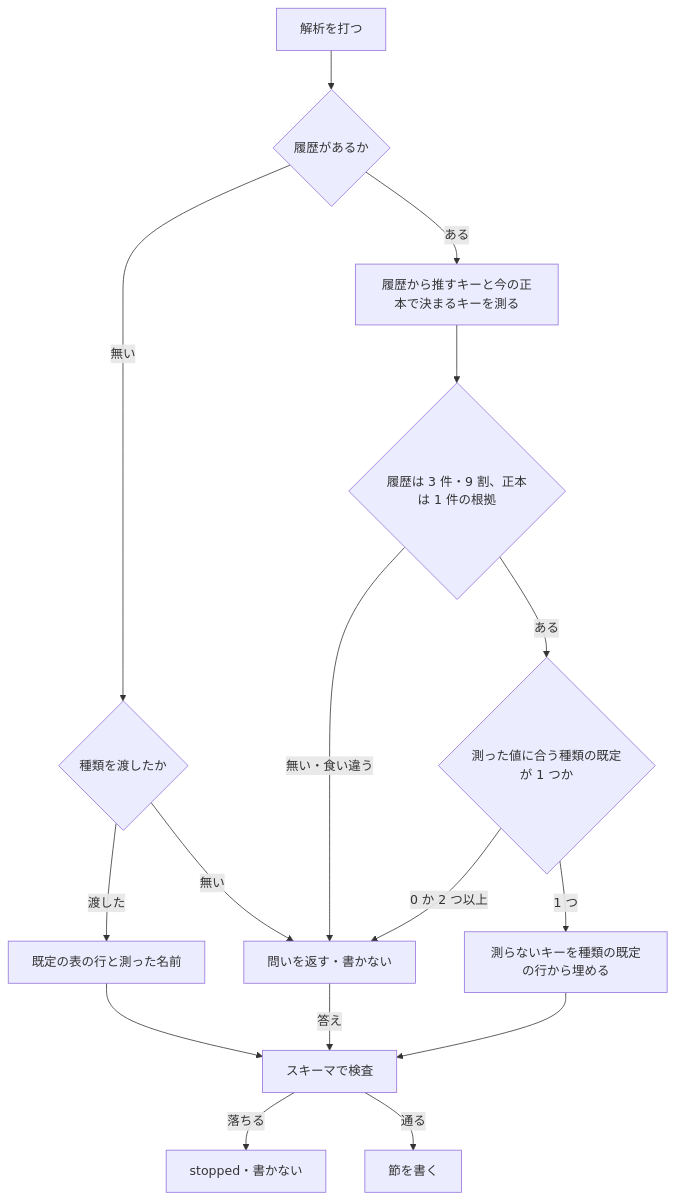
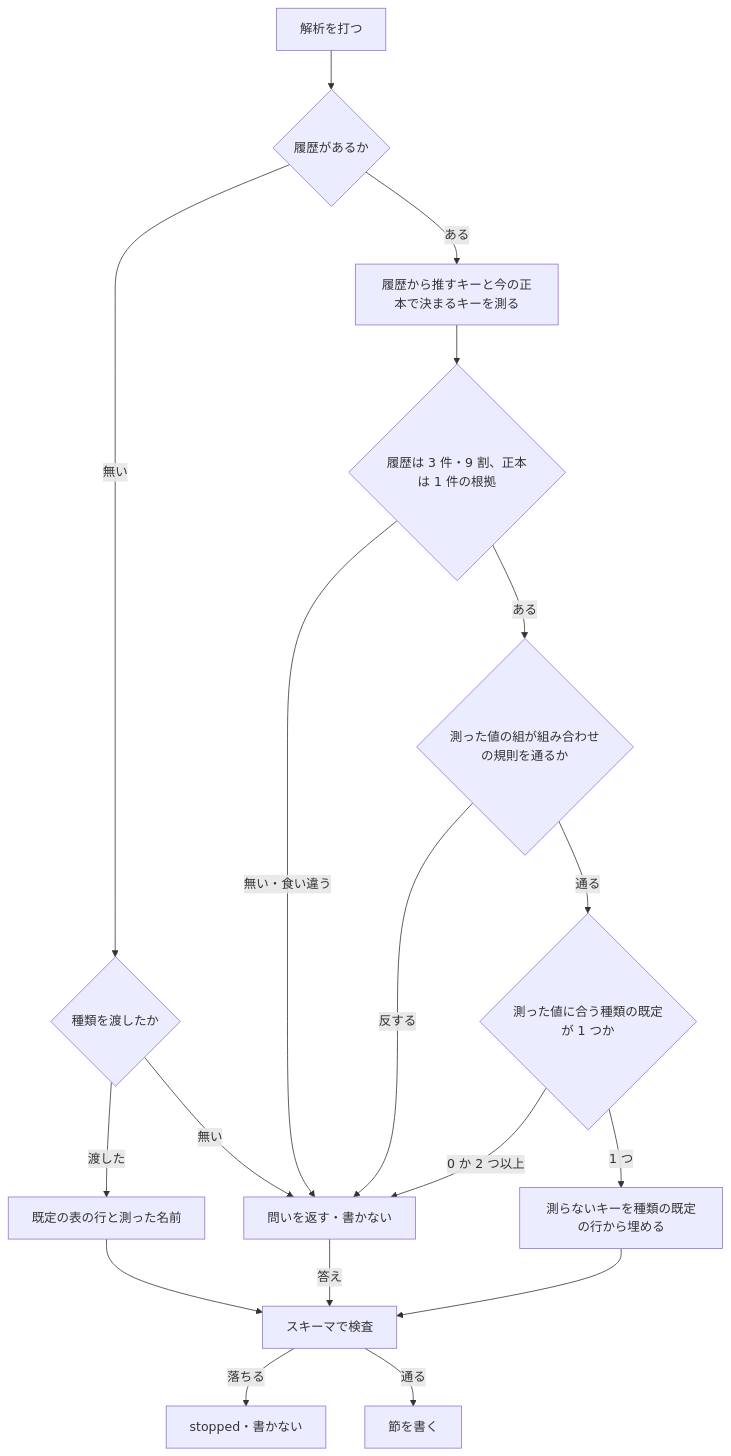
One commit to devbasex/ai-plugins changed the second of 3 diagrams in issues/issue-3672-design.md. Above: the diagram before and after it, drawn with Mermaid. The commit also changed other lines of this file, not shown here.

````diff
--- a/issues/issue-3672-design.md
+++ b/issues/issue-3672-design.md
@@ -281,18 +281,20 @@
 ```mermaid
 flowchart TD
     A[解析を打つ] --> B{履歴があるか}
     B -->|無い| C{種類を渡したか}
     C -->|渡した| D[既定の表の行と測った名前]
     C -->|無い| Q[問いを返す・書かない]
     B -->|ある| E[履歴から推すキーと今の正本で決まるキーを測る]
     E --> F{履歴は 3 件・9 割、正本は 1 件の根拠}
     F -->|無い・食い違う| Q
-    F -->|ある| K{測った値に合う種類の既定が 1 つか}
+    F -->|ある| R{測った値の組が組み合わせの規則を通るか}
+    R -->|反する| Q
+    R -->|通る| K{測った値に合う種類の既定が 1 つか}
     K -->|0 か 2 つ以上| Q
     K -->|1 つ| P[測らないキーを種類の既定の行から埋める]
     P --> G[スキーマで検査]
     D --> G
     Q -->|答え| G
     G -->|落ちる| S[stopped・書かない]
     G -->|通る| W[節を書く]
 ```
````
